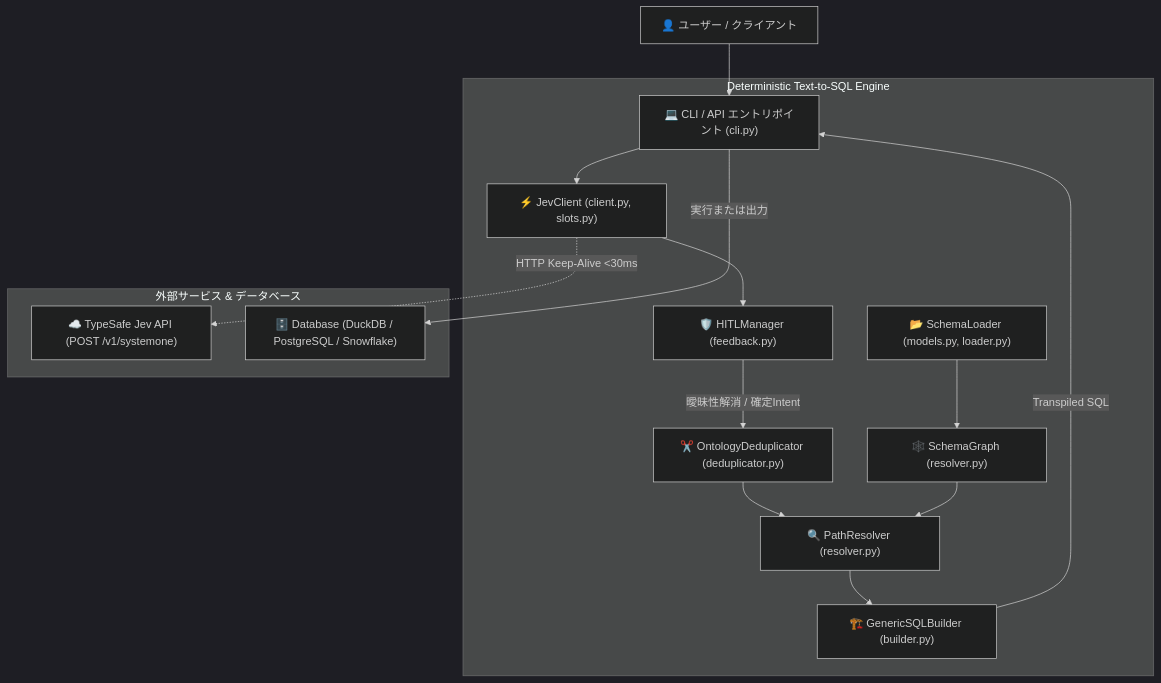
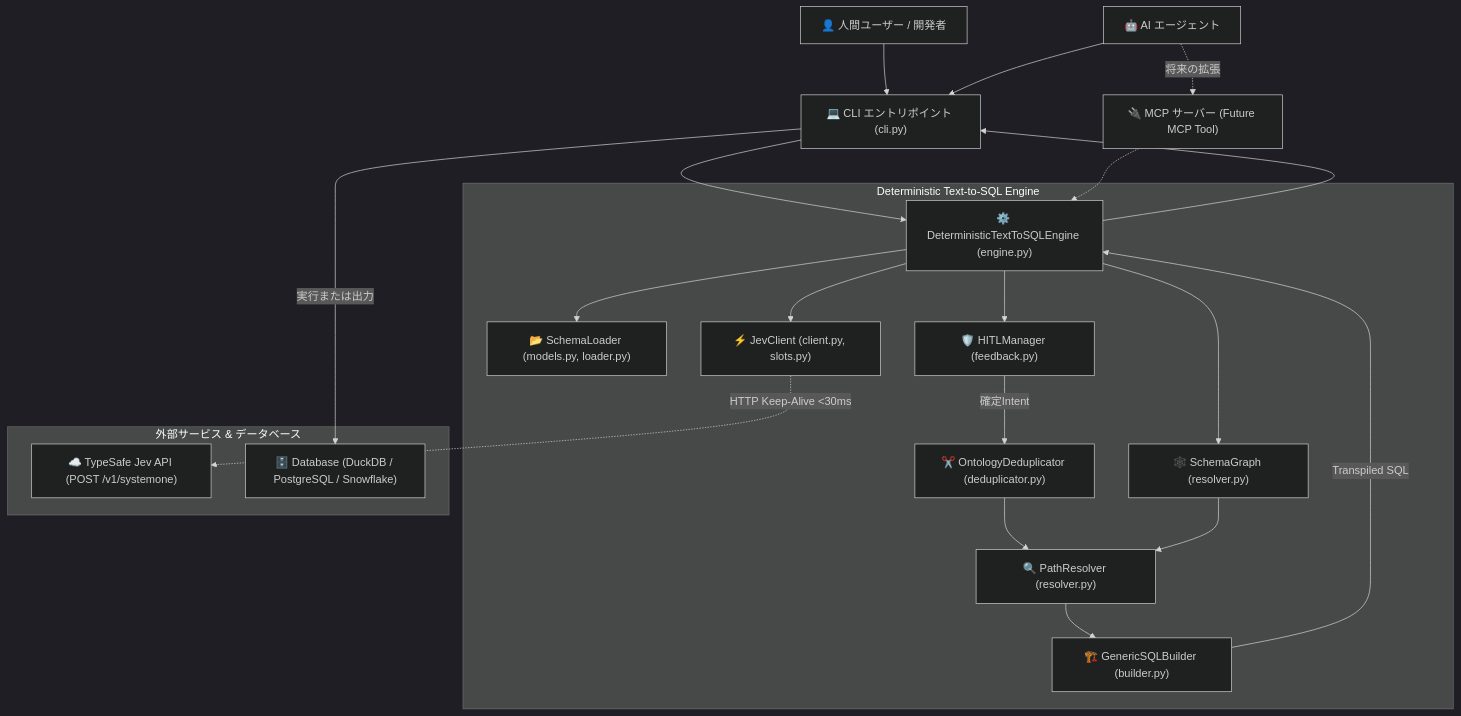
The first of 4 diagrams in doc/design.md (snaga/Deterministic-Text-to-SQL), drawn with Mermaid (dark theme) before and after one commit. The commit also changed other lines of this file and 2 other files, not shown here.

First line of the commit message:
docs(spec): AI エージェント対応 CLI・MCP 設計・pip パッケージ化の反映

````diff
--- a/doc/design.md
+++ b/doc/design.md
@@ -111,25 +127,32 @@
 ```mermaid
 graph TD
-    User["👤 ユーザー / クライアント"] --> CLI["💻 CLI / API エントリポイント (cli.py)"]
+    User["👤 人間ユーザー / 開発者"] --> CLI["💻 CLI エントリポイント (cli.py)"]
+    Agent["🤖 AI エージェント"] --> CLI
+    Agent -.->|将来の拡張| MCP["🔌 MCP サーバー (Future MCP Tool)"]
+    
+    CLI --> Engine["⚙️ DeterministicTextToSQLEngine (engine.py)"]
+    MCP -.-> Engine
     
     subgraph CoreEngine ["Deterministic Text-to-SQL Engine"]
-        SchemaLoader["📂 SchemaLoader (models.py, loader.py)"] --> SchemaGraph["🕸️ SchemaGraph (resolver.py)"]
-        CLI --> JevClient["⚡ JevClient (client.py, slots.py)"]
-        JevClient --> HITL["🛡️ HITLManager (feedback.py)"]
+        Engine --> SchemaLoader["📂 SchemaLoader (models.py, loader.py)"]
+        Engine --> SchemaGraph["🕸️ SchemaGraph (resolver.py)"]
+        Engine --> JevClient["⚡ JevClient (client.py, slots.py)"]
+        Engine --> HITL["🛡️ HITLManager (feedback.py)"]
         
-        HITL -->|曖昧性解消 / 確定Intent| Deduplicator["✂️ OntologyDeduplicator (deduplicator.py)"]
+        HITL -->|確定Intent| Deduplicator["✂️ OntologyDeduplicator (deduplicator.py)"]
         Deduplicator --> PathResolver["🔍 PathResolver (resolver.py)"]
         SchemaGraph --> PathResolver
         
         PathResolver --> SQLBuilder["🏗️ GenericSQLBuilder (builder.py)"]
     end
     
     subgraph External ["外部サービス & データベース"]
         JevAPI["☁️ TypeSafe Jev API (POST /v1/systemone)"]
         DB["🗄️ Database (DuckDB / PostgreSQL / Snowflake)"]
     end
     
     JevClient -.->|HTTP Keep-Alive <30ms| JevAPI
-    SQLBuilder -->|Transpiled SQL| CLI
+    SQLBuilder -->|Transpiled SQL| Engine
+    Engine --> CLI
     CLI -->|実行または出力| DB
 ```
````
